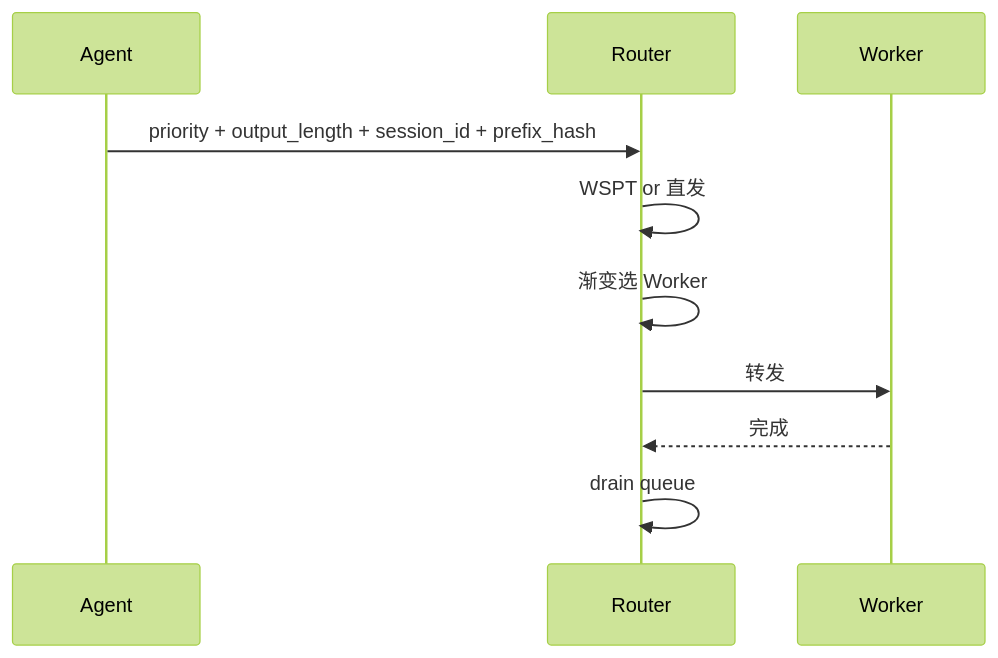
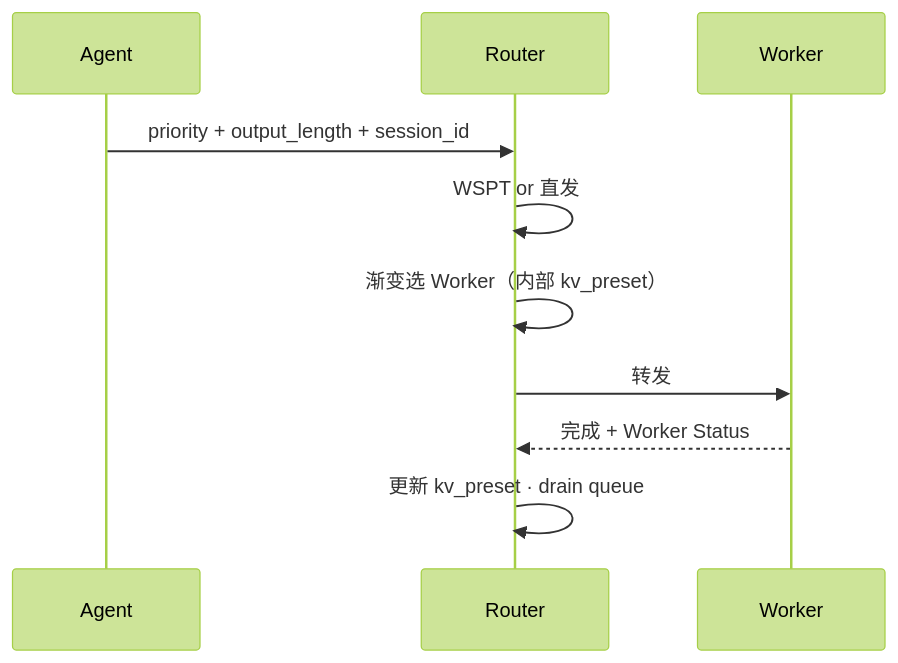
The seventh of 12 diagrams in reasoning-lb-router-design.md (heckletbot/document), drawn with Mermaid (forest theme) before and after one commit. The commit also changed other lines of this file, not shown here.

````diff
--- a/reasoning-lb-router-design.md
+++ b/reasoning-lb-router-design.md
@@ -199,12 +327,12 @@
 ```mermaid
 sequenceDiagram
     participant A as Agent
     participant R as Router
     participant W as Worker
-    A->>R: priority + output_length + session_id + prefix_hash
+    A->>R: priority + output_length + session_id
     R->>R: WSPT or 直发
-    R->>R: 渐变选 Worker
+    R->>R: 渐变选 Worker（内部 kv_preset）
     R->>W: 转发
-    W-->>R: 完成
-    R->>R: drain queue
+    W-->>R: 完成 + Worker Status
+    R->>R: 更新 kv_preset · drain queue
 ```
````
